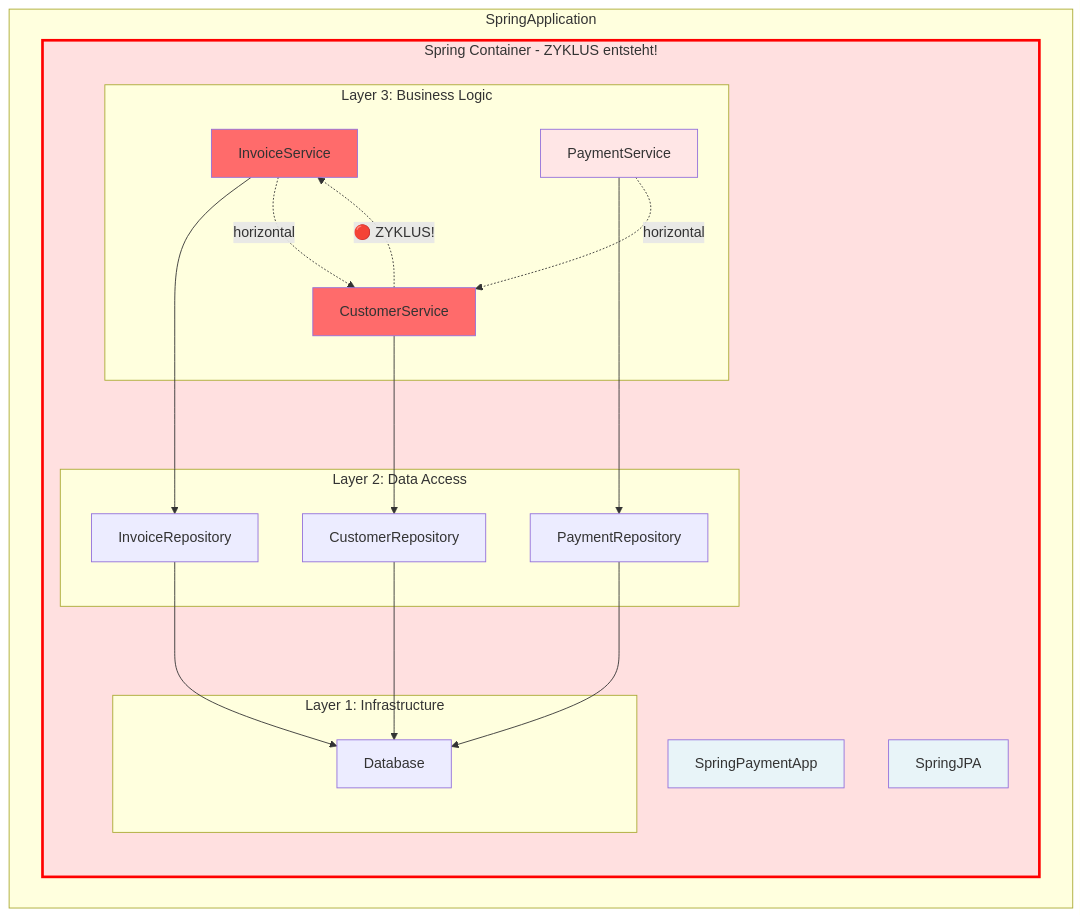
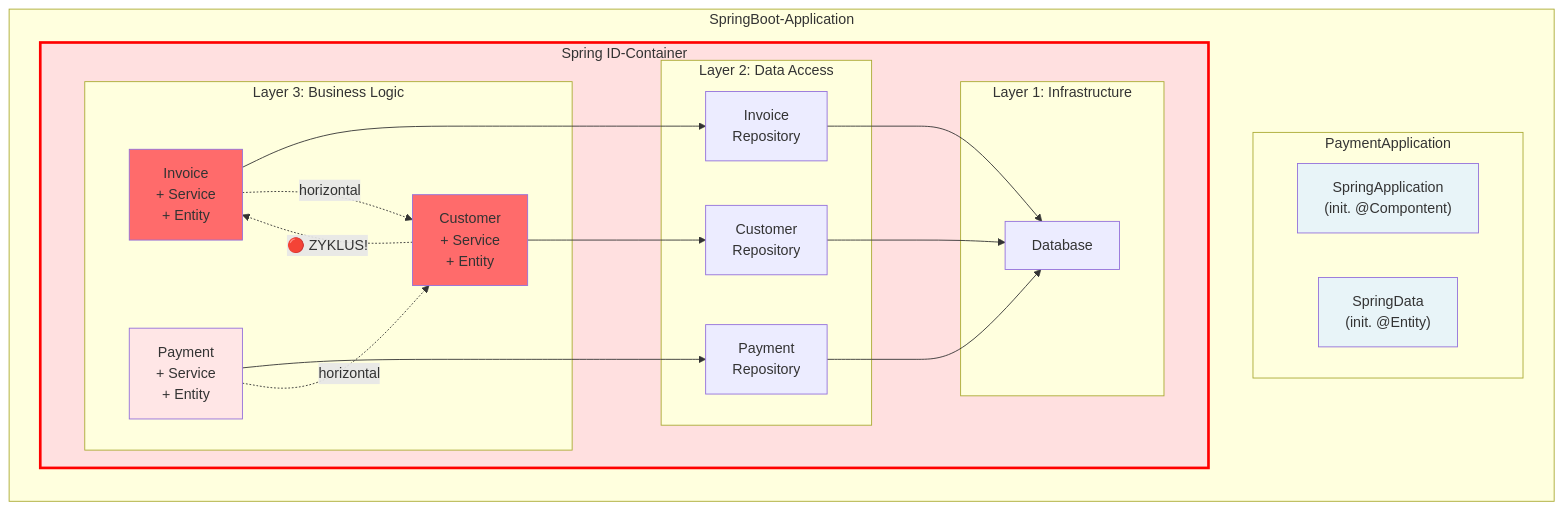
Before and after one commit to andreas-wagner-dev/object-oriented-learning-journey: the third of 4 diagrams in blog/_draft/000_notes.md, drawn with Mermaid. The commit also changed other lines of this file, not shown here.

````diff
--- a/blog/_draft/000_notes.md
+++ b/blog/_draft/000_notes.md
@@ -188,48 +194,52 @@
 ```mermaid
-graph TB
+graph LR
 
-    subgraph Spring["SpringApplication"]
+    subgraph Spring["SpringBoot-Application"]
 
-        subgraph Container["Spring Container - ZYKLUS entsteht!"]
+        subgraph Magic["PaymentApplication"]
+            App["SpringApplication<br>(init. @Compontent)"]
+            ORM["SpringData<br>(init. @Entity)"]
+        end
+
+        subgraph Container["Spring ID-Container"]
     
-            App[SpringPaymentApp]
-            ORM[SpringJPA]
-            
             subgraph L3["Layer 3: Business Logic"]
-                Invoice[InvoiceService]
-                Payment[PaymentService]
-                Customer[CustomerService]
+                Invoice["Invoice<br/>+ Service<br/>+ Entity"]
+                Payment["Payment<br/>+ Service<br/>+ Entity"]
+                Customer["Customer<br/>+ Service<br/>+ Entity"]
             end
             
             subgraph L2["Layer 2: Data Access"]
-                InvoiceRepo[InvoiceRepository]
-                PaymentRepo[PaymentRepository]
-                CustomerRepo[CustomerRepository]
+                InvoiceRepo[Invoice<br/>Repository]
+                PaymentRepo[Payment<br/>Repository]
+                CustomerRepo[Customer<br/>Repository]
             end
             
             subgraph L1["Layer 1: Infrastructure"]
                 DB[Database]
             end
+
         end
+
     end
 
     Invoice --> InvoiceRepo
     Invoice -.->|horizontal| Customer
     
     Payment --> PaymentRepo
     Payment -.->|horizontal| Customer
     
     Customer --> CustomerRepo
     Customer -.->|🔴 ZYKLUS!| Invoice
     
     InvoiceRepo --> DB
     PaymentRepo --> DB
     CustomerRepo --> DB
-    
+
     style Invoice fill:#ff6b6b
     style Customer fill:#ff6b6b
     style Payment fill:#ffe6e6
     style App fill:#e8f4f8
     style ORM fill:#e8f4f8
     style Container fill:#ffe0e0,stroke:#ff0000,stroke-width:3px
 ```
````
